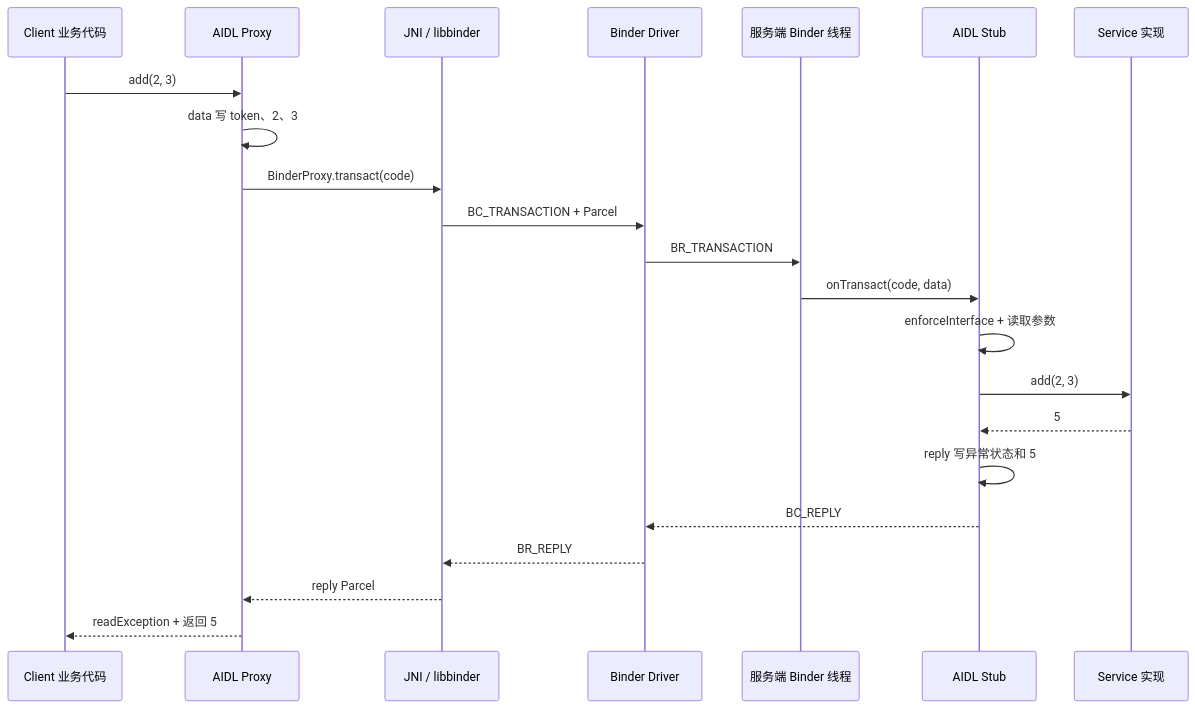
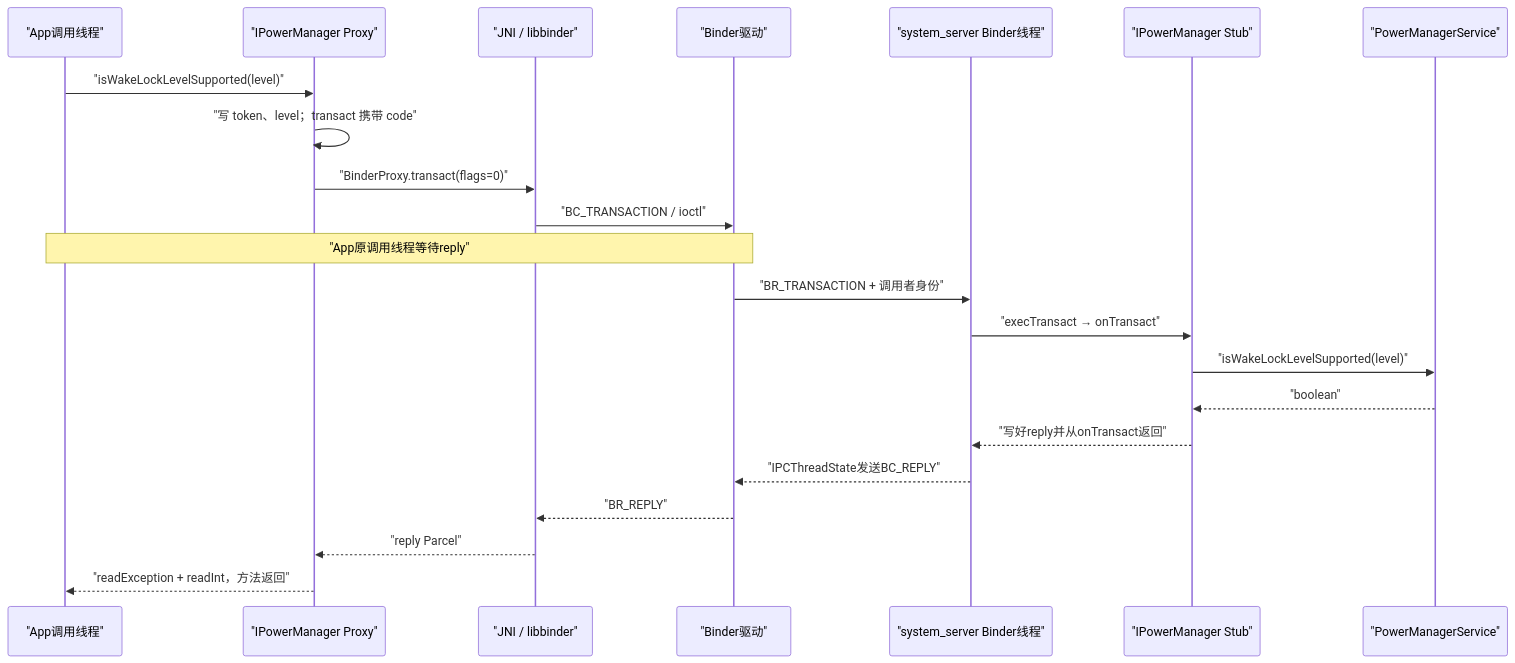
One commit to junyingzhao001/StudyNotes changed the diagram in Android源码学习/07-Binder基础与完整调用链.md. Above: the diagram before and after it, drawn with Mermaid. The commit also changed other lines of this file and 93 other files, not shown here.

````diff
--- a/Android源码学习/07-Binder基础与完整调用链.md
+++ b/Android源码学习/07-Binder基础与完整调用链.md
@@ -416,25 +477,25 @@
 ```mermaid
 sequenceDiagram
-    participant App as Client 业务代码
-    participant Proxy as AIDL Proxy
-    participant JNI as JNI / libbinder
-    participant Driver as Binder Driver
-    participant Thread as 服务端 Binder 线程
-    participant Stub as AIDL Stub
-    participant Impl as Service 实现
+    participant A as "App调用线程"
+    participant P as "IPowerManager Proxy"
+    participant N as "JNI / libbinder"
+    participant D as "Binder驱动"
+    participant T as "system_server Binder线程"
+    participant S as "IPowerManager Stub"
+    participant I as "PowerManagerService"
 
-    App->>Proxy: add(2, 3)
-    Proxy->>Proxy: data 写 token、2、3
-    Proxy->>JNI: BinderProxy.transact(code)
-    JNI->>Driver: BC_TRANSACTION + Parcel
-    Driver->>Thread: BR_TRANSACTION
-    Thread->>Stub: onTransact(code, data)
-    Stub->>Stub: enforceInterface + 读取参数
-    Stub->>Impl: add(2, 3)
-    Impl-->>Stub: 5
-    Stub->>Stub: reply 写异常状态和 5
-    Stub-->>Driver: BC_REPLY
-    Driver-->>JNI: BR_REPLY
-    JNI-->>Proxy: reply Parcel
-    Proxy-->>App: readException + 返回 5
+    A->>P: "isWakeLockLevelSupported(level)"
+    P->>P: "写 token、level；transact 携带 code"
+    P->>N: "BinderProxy.transact(flags=0)"
+    N->>D: "BC_TRANSACTION / ioctl"
+    Note over A,D: "App原调用线程等待reply"
+    D->>T: "BR_TRANSACTION + 调用者身份"
+    T->>S: "execTransact → onTransact"
+    S->>I: "isWakeLockLevelSupported(level)"
+    I-->>S: "boolean"
+    S-->>T: "写好reply并从onTransact返回"
+    T-->>D: "IPCThreadState发送BC_REPLY"
+    D-->>N: "BR_REPLY"
+    N-->>P: "reply Parcel"
+    P-->>A: "readException + readInt，方法返回"
 ```
````
